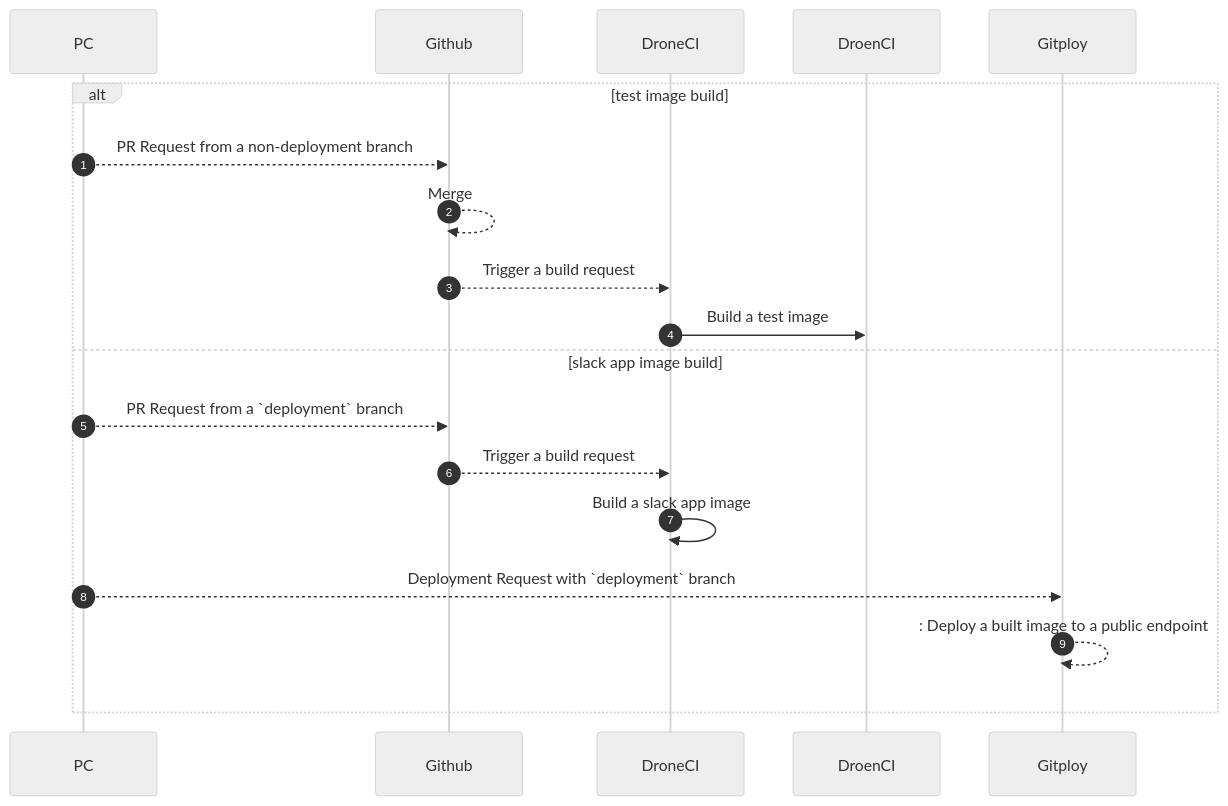
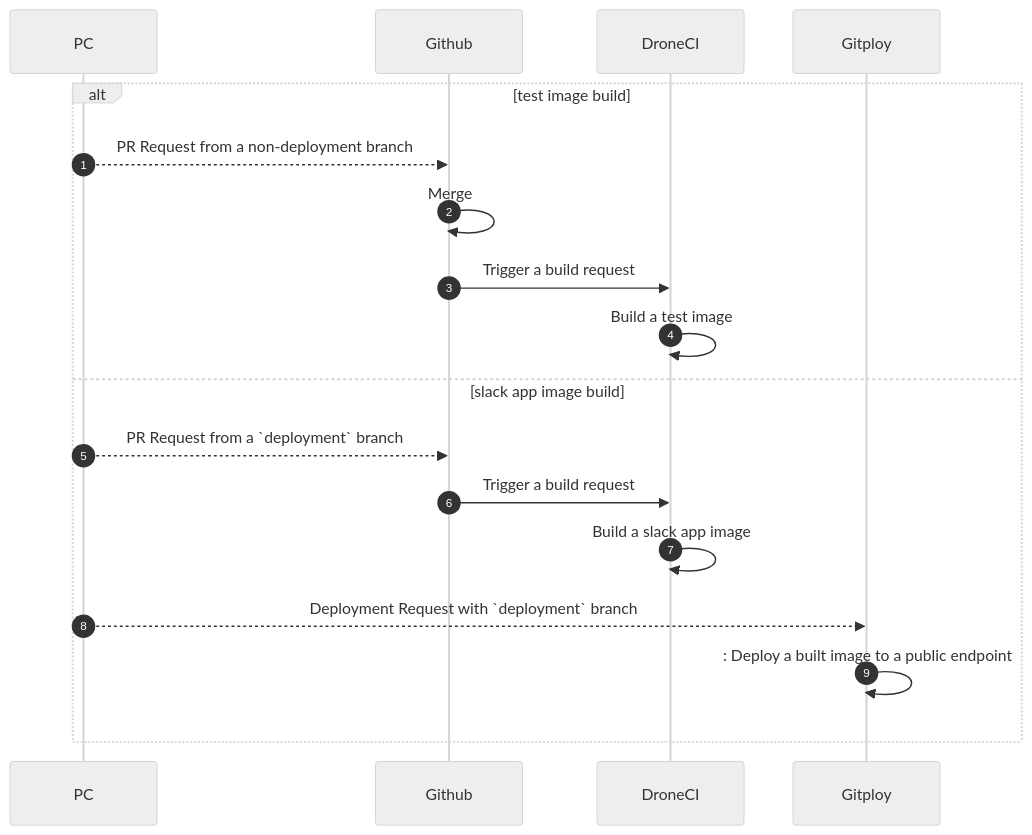
Before and after one commit to bgtestlab/slack-app-test: the second of 2 diagrams in README.md, drawn with Mermaid (neutral theme).

````diff
--- a/README.md
+++ b/README.md
@@ -23,16 +23,16 @@
 ```mermaid
 sequenceDiagram
     autonumber
     alt test image build
     PC-->>Github: PR Request from a non-deployment branch
-    Github-->>Github: Merge
-    Github-->>DroneCI: Trigger a build request
-    DroneCI->>DroenCI: Build a test image
+    Github->>Github: Merge
+    Github->>DroneCI: Trigger a build request
+    DroneCI->>DroneCI: Build a test image
     else slack app image build
     PC-->>Github: PR Request from a `deployment` branch
-    Github-->>DroneCI: Trigger a build request
+    Github->>DroneCI: Trigger a build request
     DroneCI->>DroneCI: Build a slack app image
     PC-->>Gitploy: Deployment Request with `deployment` branch
-    Gitploy-->>Gitploy:: Deploy a built image to a public endpoint
+    Gitploy->>Gitploy:: Deploy a built image to a public endpoint
     end
 ```
````
